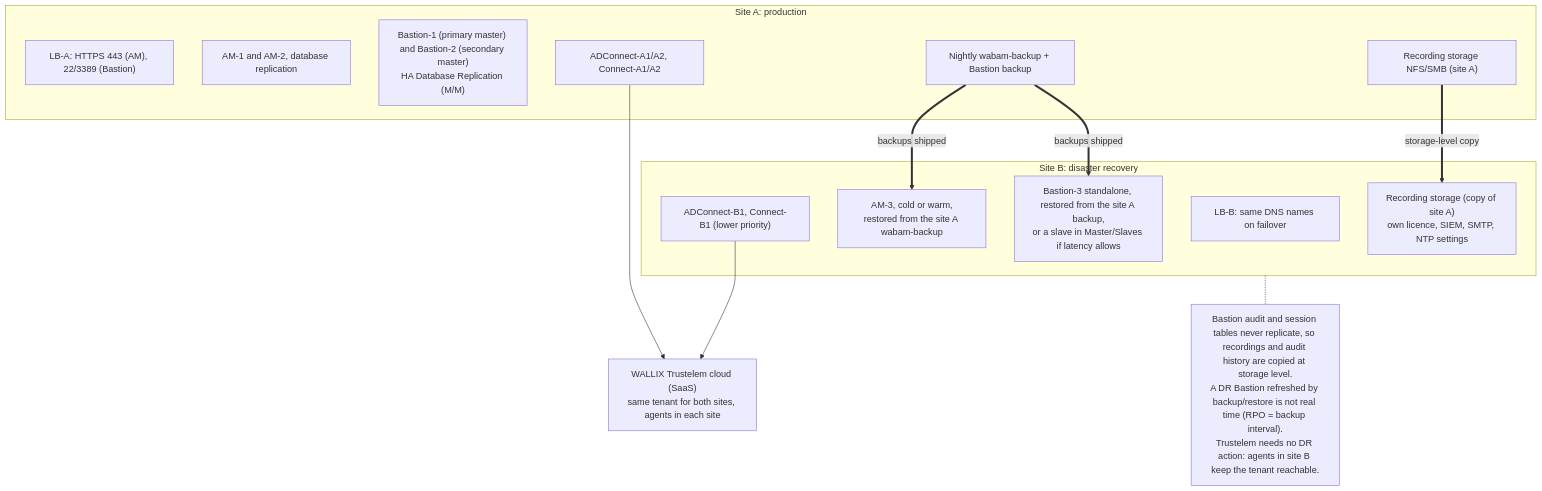
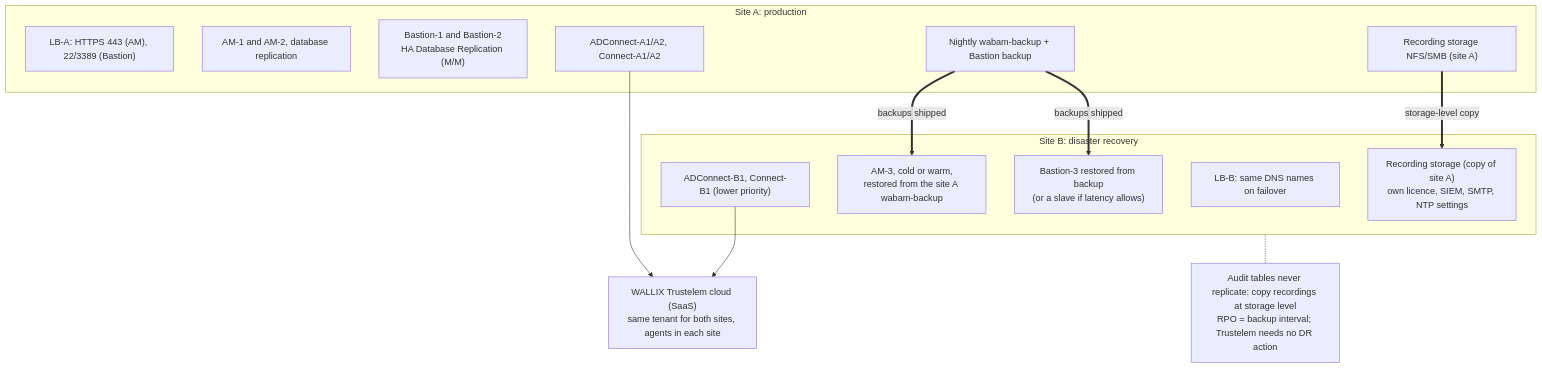
One commit to morandeirachema/Trustelem- changed the seventh of 7 diagrams in docs/trustelem-bastion-access-manager-architecture.md. Above: the diagram before and after it, drawn with Mermaid. The commit also changed other lines of this file and 8 other files, not shown here.

Commit message:
Shorten Mermaid labels to stop boxes overlapping text

````diff
--- a/docs/trustelem-bastion-access-manager-architecture.md
+++ b/docs/trustelem-bastion-access-manager-architecture.md
@@ -601,26 +600,26 @@
 ```mermaid
 flowchart TB
     CLOUD["WALLIX Trustelem cloud (SaaS)<br/>same tenant for both sites, agents in each site"]
     subgraph A["Site A: production"]
         LBA["LB-A: HTTPS 443 (AM), 22/3389 (Bastion)"]
         AMA["AM-1 and AM-2, database replication"]
-        BA["Bastion-1 (primary master) and Bastion-2 (secondary master)<br/>HA Database Replication (M/M)"]
+        BA["Bastion-1 and Bastion-2<br/>HA Database Replication (M/M)"]
         AGA["ADConnect-A1/A2, Connect-A1/A2"]
         STA["Recording storage NFS/SMB (site A)"]
         BKA["Nightly wabam-backup + Bastion backup"]
     end
     subgraph B["Site B: disaster recovery"]
         LBB["LB-B: same DNS names on failover"]
         AMB["AM-3, cold or warm,<br/>restored from the site A wabam-backup"]
-        BB["Bastion-3 standalone, restored from the site A backup,<br/>or a slave in Master/Slaves if latency allows"]
+        BB["Bastion-3 restored from backup<br/>(or a slave if latency allows)"]
         AGB["ADConnect-B1, Connect-B1 (lower priority)"]
         STB["Recording storage (copy of site A)<br/>own licence, SIEM, SMTP, NTP settings"]
     end
     AGA --> CLOUD
     AGB --> CLOUD
     BKA ==>|backups shipped| AMB
     BKA ==>|backups shipped| BB
     STA ==>|storage-level copy| STB
-    NOTE["Bastion audit and session tables never replicate, so recordings and audit history are copied at storage level.<br/>A DR Bastion refreshed by backup/restore is not real time (RPO = backup interval).<br/>Trustelem needs no DR action: agents in site B keep the tenant reachable."]
+    NOTE["Audit tables never replicate: copy recordings at storage level<br/>RPO = backup interval; Trustelem needs no DR action"]
     B -.- NOTE
 ```
````
